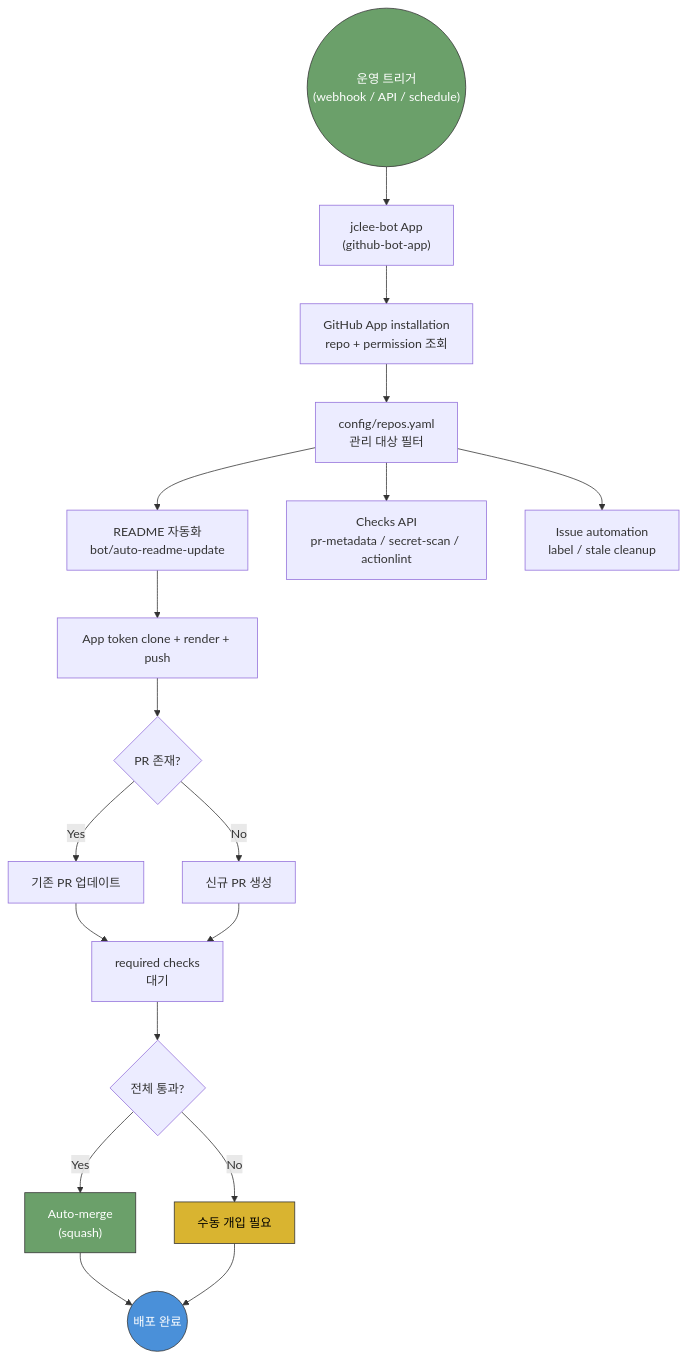
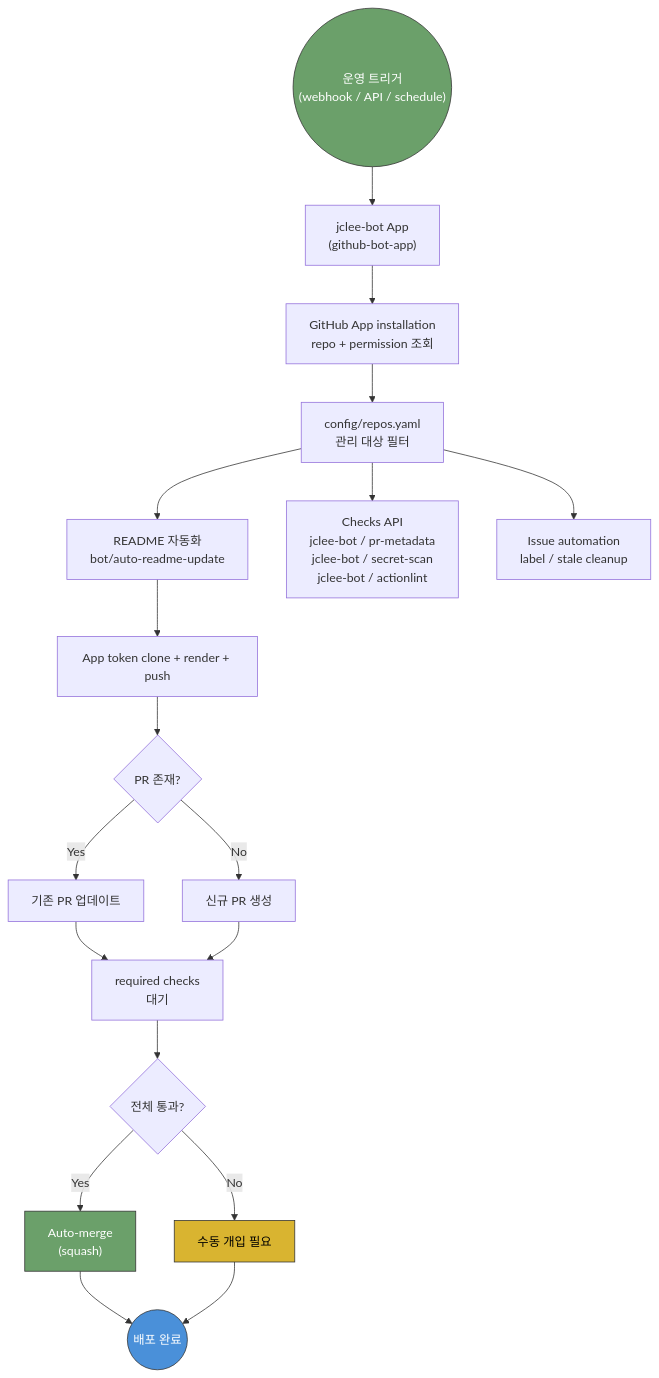
Before and after one commit to jclee941/.github: the fifth of 10 diagrams in docs/architecture.md, drawn with Mermaid. The commit also changed other lines of this file and 26 other files, not shown here.

````diff
--- a/docs/architecture.md
+++ b/docs/architecture.md
@@ -211,32 +209,32 @@
 ```mermaid
 flowchart TD
     START(("운영 트리거<br/>(webhook / API / schedule)")) --> APP["jclee-bot App<br/>(github-bot-app)"]
     
     APP --> INSTALL["GitHub App installation<br/>repo + permission 조회"]
     INSTALL --> TARGETS["config/repos.yaml<br/>관리 대상 필터"]
     
     TARGETS --> README["README 자동화<br/>bot/auto-readme-update"]
-    TARGETS --> CHECKS["Checks API<br/>pr-metadata / secret-scan / actionlint"]
+    TARGETS --> CHECKS["Checks API<br/>jclee-bot / pr-metadata<br/>jclee-bot / secret-scan<br/>jclee-bot / actionlint"]
     TARGETS --> ISSUES["Issue automation<br/>label / stale cleanup"]
     
     README --> BRANCH["App token clone + render + push"]
     BRANCH --> PR{"PR 존재?"}
     
     PR -->|Yes| UPDATE["기존 PR 업데이트"]
     PR -->|No| CREATE["신규 PR 생성"]
     
     UPDATE --> WAIT["required checks<br/>대기"]
     CREATE --> WAIT
     WAIT --> PASS{"전체 통과?"}
     
     PASS -->|Yes| AUTO_MERGE["Auto-merge<br/>(squash)"]
     PASS -->|No| MANUAL["수동 개입 필요"]
     
     AUTO_MERGE --> END(("배포 완료"))
     MANUAL --> END
     
     style START fill:#6ba06a,stroke:#333,color:#fff
     style END fill:#4a90d9,stroke:#333,color:#fff
     style AUTO_MERGE fill:#6ba06a,stroke:#333,color:#fff
     style MANUAL fill:#d9b430,stroke:#333,color:#000
 ```
````
